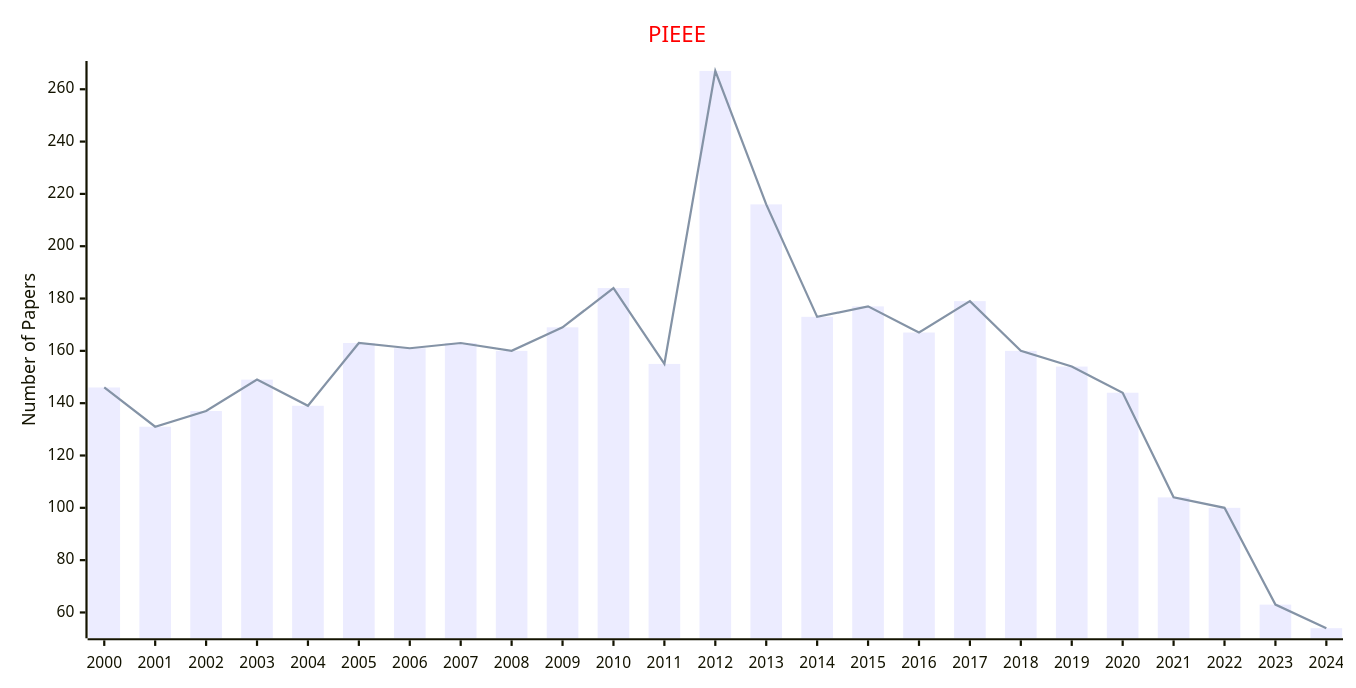
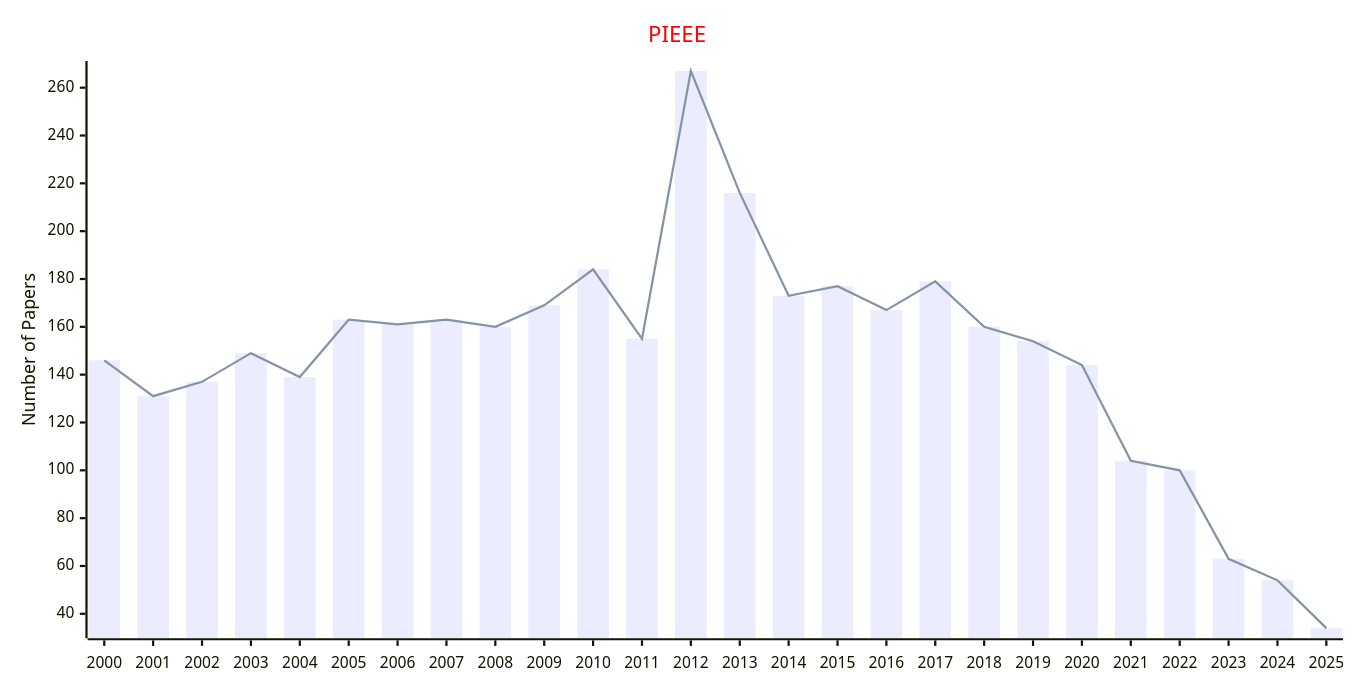
The third of 8 diagrams in docs/data/Journals/Statistics_Journals/Multidisciplinary.md (Easy-PhD/AILinks), drawn with Mermaid before and after one commit. The commit also changed other lines of this file and 107 other files, not shown here.

````diff
--- a/docs/data/Journals/Statistics_Journals/Multidisciplinary.md
+++ b/docs/data/Journals/Statistics_Journals/Multidisciplinary.md
@@ -63,17 +63,17 @@
 ```mermaid
 ---
 config:
     xyChart:
         width: 1200
         height: 600
     themeVariables:
         xyChart:
             titleColor: "#ff0000"
 ---
 xychart-beta
     title "PIEEE"
-    x-axis [2000, 2001, 2002, 2003, 2004, 2005, 2006, 2007, 2008, 2009, 2010, 2011, 2012, 2013, 2014, 2015, 2016, 2017, 2018, 2019, 2020, 2021, 2022, 2023, 2024]
+    x-axis [2000, 2001, 2002, 2003, 2004, 2005, 2006, 2007, 2008, 2009, 2010, 2011, 2012, 2013, 2014, 2015, 2016, 2017, 2018, 2019, 2020, 2021, 2022, 2023, 2024, 2025]
     y-axis "Number of Papers"
-    bar [146, 131, 137, 149, 139, 163, 161, 163, 160, 169, 184, 155, 267, 216, 173, 177, 167, 179, 160, 154, 144, 104, 100, 63, 54]
-    line [146, 131, 137, 149, 139, 163, 161, 163, 160, 169, 184, 155, 267, 216, 173, 177, 167, 179, 160, 154, 144, 104, 100, 63, 54]
+    bar [146, 131, 137, 149, 139, 163, 161, 163, 160, 169, 184, 155, 267, 216, 173, 177, 167, 179, 160, 154, 144, 104, 100, 63, 54, 34]
+    line [146, 131, 137, 149, 139, 163, 161, 163, 160, 169, 184, 155, 267, 216, 173, 177, 167, 179, 160, 154, 144, 104, 100, 63, 54, 34]
 ```
````
